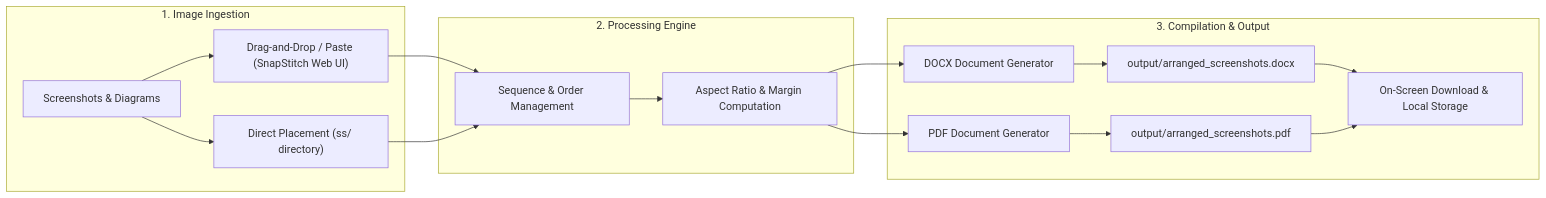
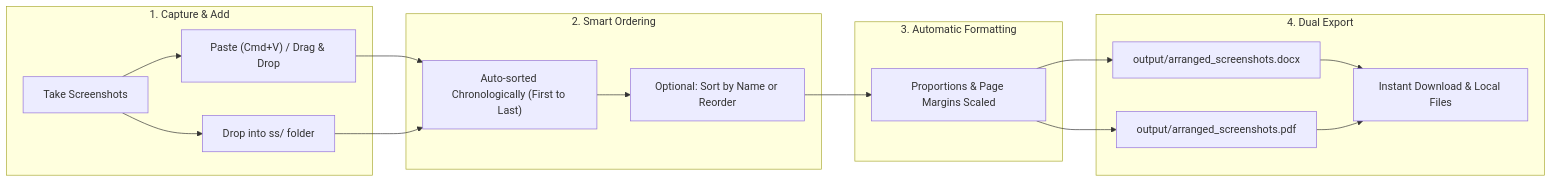
One commit to prathameshmore07/SnapStitch changed the diagram in README.md. Above: the diagram before and after it, drawn with Mermaid. The commit also changed other lines of this file, not shown here.

Commit message:
Enhance README with clear user-friendly explanation of chronological time-based and alphabetical auto-ordering

````diff
--- a/README.md
+++ b/README.md
@@ -33,22 +50,24 @@
 ```mermaid
 flowchart LR
-    subgraph Ingestion["1. Image Ingestion"]
-        A["Screenshots & Diagrams"] --> B["Drag-and-Drop / Paste (SnapStitch Web UI)"]
-        A --> C["Direct Placement (ss/ directory)"]
+    subgraph Step1["1. Capture & Add"]
+        A["Take Screenshots"] --> B["Paste (Cmd+V) / Drag & Drop"]
+        A --> C["Drop into ss/ folder"]
     end
 
-    subgraph Processing["2. Processing Engine"]
-        B --> D["Sequence & Order Management"]
+    subgraph Step2["2. Smart Ordering"]
+        B --> D["Auto-sorted Chronologically (First to Last)"]
         C --> D
-        D --> E["Aspect Ratio & Margin Computation"]
+        D --> E["Optional: Sort by Name or Reorder"]
     end
 
-    subgraph Generation["3. Compilation & Output"]
-        E --> F["DOCX Document Generator"]
-        E --> G["PDF Document Generator"]
-        F --> H["output/arranged_screenshots.docx"]
-        G --> I["output/arranged_screenshots.pdf"]
-        H --> J["On-Screen Download & Local Storage"]
-        I --> J
+    subgraph Step3["3. Automatic Formatting"]
+        E --> F["Proportions & Page Margins Scaled"]
+    end
+
+    subgraph Step4["4. Dual Export"]
+        F --> G["output/arranged_screenshots.docx"]
+        F --> H["output/arranged_screenshots.pdf"]
+        G --> I["Instant Download & Local Files"]
+        H --> I
     end
 ```
````
